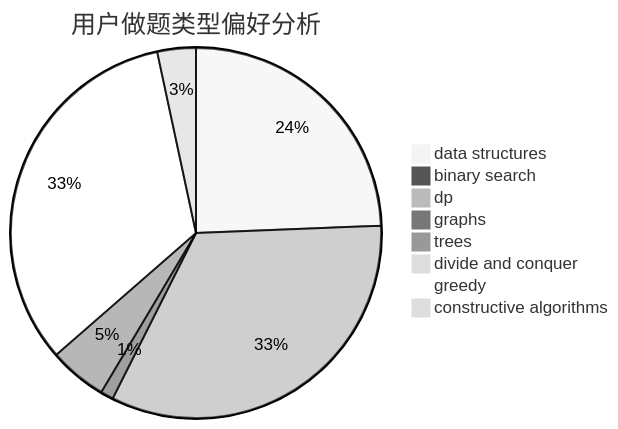
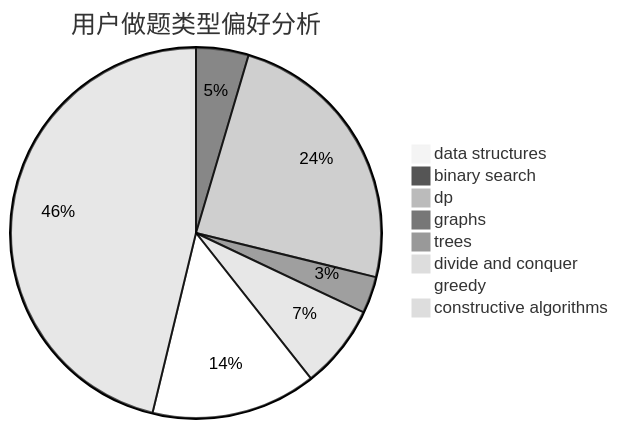
The second of 3 diagrams in docs/user/u2202.md (sherpahu/cfrs.github.io), drawn with Mermaid (neutral theme) before and after one commit. The commit also changed other lines of this file and 2770 other files, not shown here.

````diff
--- a/docs/user/u2202.md
+++ b/docs/user/u2202.md
@@ -23,11 +23,11 @@
 ```mermaid
 pie title 用户做题类型偏好分析
-    "data structures" :  87
-    "binary search" :  0
-    "dp" :  118
-    "graphs" :  4
-    "trees" :  18
-    "divide and conquer" :  0
-    "greedy" :  118
-    "constructive algorithms" :  12
+    "data structures" :  4
+    "binary search" :  20
+    "dp" :  106
+    "graphs" :  14
+    "trees" :  0
+    "divide and conquer" :  32
+    "greedy" :  63
+    "constructive algorithms" :  202
 ```
````
